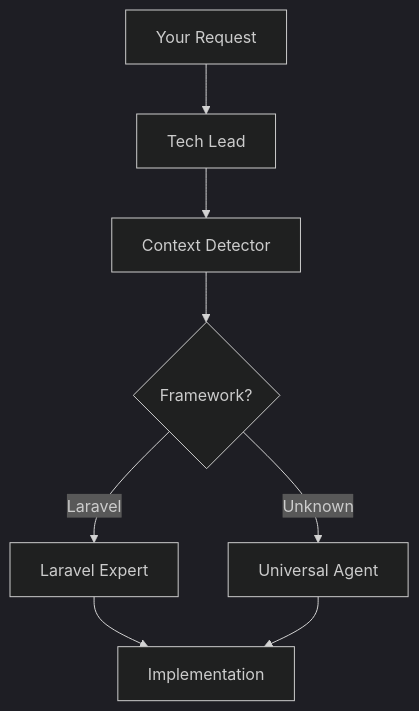
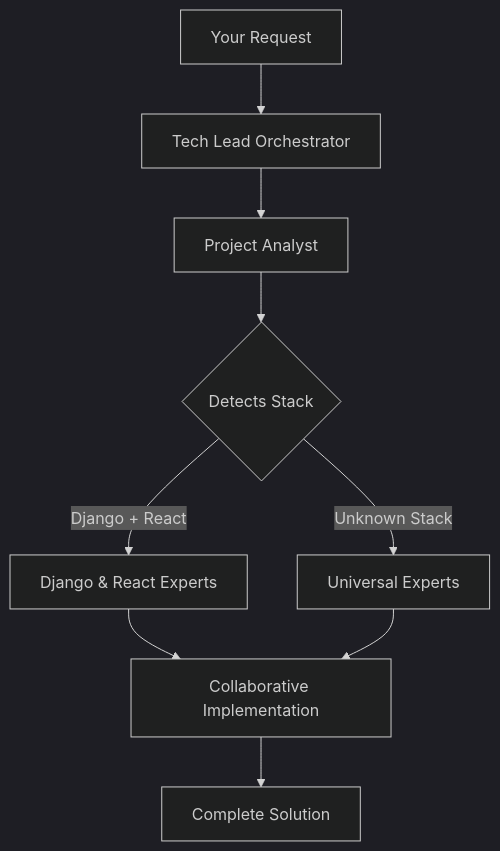
Before and after one commit to vijaythecoder/awesome-claude-agents: the diagram in docs/quick-start.md, drawn with Mermaid (dark theme). The commit also changed other lines of this file and 3 other files, not shown here.

First line of the commit message:
Add project-optimizer agent and simplify configuration process

````diff
--- a/docs/quick-start.md
+++ b/docs/quick-start.md
@@ -158,10 +52,11 @@
 ```mermaid
 graph TD
-    A[Your Request] --> B[Tech Lead]
-    B --> C[Context Detector]
-    C --> D{Framework?}
-    D -->|Laravel| E[Laravel Expert]
-    D -->|Unknown| F[Universal Agent]
-    E --> G[Implementation]
+    A[Your Request] --> B[Tech Lead Orchestrator]
+    B --> C[Project Analyst]
+    C --> D{Detects Stack}
+    D -->|Django + React| E[Django & React Experts]
+    D -->|Unknown Stack| F[Universal Experts]
+    E --> G[Collaborative Implementation]
     F --> G
+    G --> H[Complete Solution]
 ```
````
